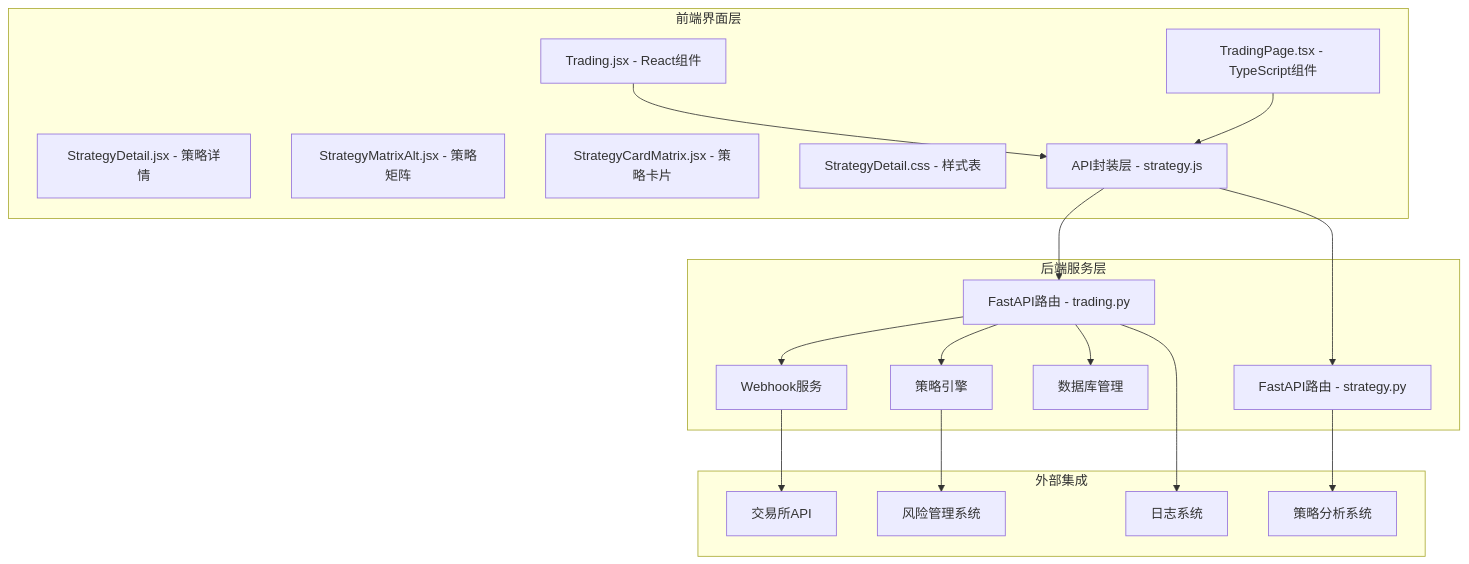
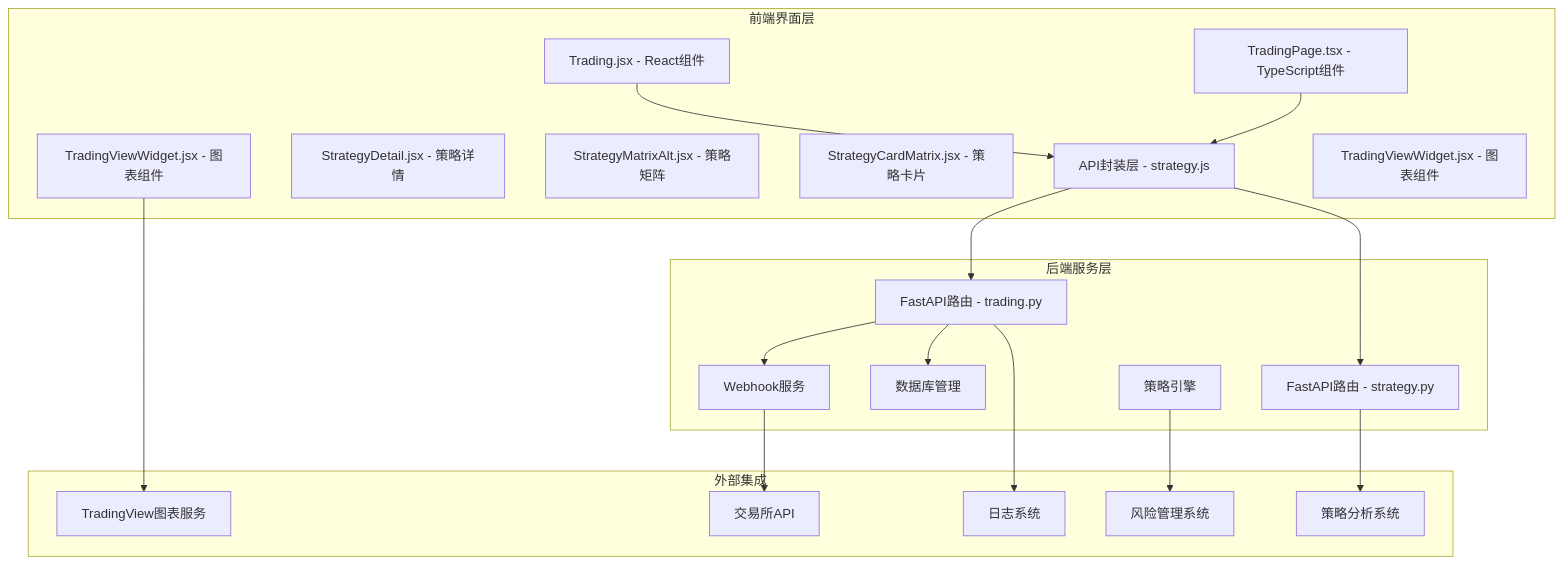
The first of 11 diagrams in .qoder/repowiki/zh/content/可视化界面/交易控制界面.md (zyf266/ending), drawn with Mermaid before and after one commit. The commit also changed other lines of this file and 60 other files, not shown here.

````diff
--- a/.qoder/repowiki/zh/content/可视化界面/交易控制界面.md
+++ b/.qoder/repowiki/zh/content/可视化界面/交易控制界面.md
@@ -44,36 +53,38 @@
 ```mermaid
 graph TB
 subgraph "前端界面层"
 A[Trading.jsx - React组件]
 B[TradingPage.tsx - TypeScript组件]
-C[StrategyDetail.jsx - 策略详情]
-D[StrategyMatrixAlt.jsx - 策略矩阵]
-E[StrategyCardMatrix.jsx - 策略卡片]
-F[StrategyDetail.css - 样式表]
+C[TradingViewWidget.jsx - 图表组件]
+D[StrategyDetail.jsx - 策略详情]
+E[StrategyMatrixAlt.jsx - 策略矩阵]
+F[StrategyCardMatrix.jsx - 策略卡片]
 G[API封装层 - strategy.js]
+H[TradingViewWidget.jsx - 图表组件]
 end
 subgraph "后端服务层"
-H[FastAPI路由 - trading.py]
-I[FastAPI路由 - strategy.py]
-J[Webhook服务]
-K[数据库管理]
-L[策略引擎]
+I[FastAPI路由 - trading.py]
+J[FastAPI路由 - strategy.py]
+K[Webhook服务]
+L[数据库管理]
+M[策略引擎]
 end
 subgraph "外部集成"
-M[交易所API]
-N[风险管理系统]
-O[日志系统]
-P[策略分析系统]
+N[交易所API]
+O[TradingView图表服务]
+P[风险管理系统]
+Q[日志系统]
+R[策略分析系统]
 end
 A --> G
 B --> G
-G --> H
+C --> O
 G --> I
-H --> J
-H --> K
-H --> L
-I --> P
-J --> M
-L --> N
-H --> O
+G --> J
+I --> K
+I --> L
+J --> R
+K --> N
+M --> P
+I --> Q
 ```
````
